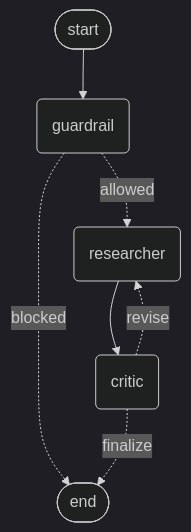
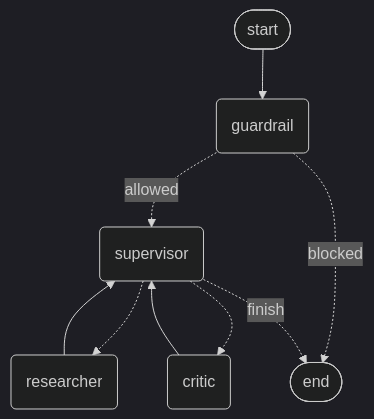
One commit to Saad-CEO-AI/langgraph-multiagent-demo changed the diagram in README.md. Above: the diagram before and after it, drawn with Mermaid (dark theme). The commit also changed other lines of this file and 6 other files, not shown here.

````diff
--- a/README.md
+++ b/README.md
@@ -25,14 +37,17 @@
 ```mermaid
 graph TD;
 	__start__([start]):::first
 	guardrail(guardrail)
+	supervisor(supervisor)
 	researcher(researcher)
 	critic(critic)
 	__end__([end]):::last
 	__start__ --> guardrail;
-	researcher --> critic;
-	guardrail -. allowed .-> researcher;
+	critic --> supervisor;
+	researcher --> supervisor;
+	guardrail -. allowed .-> supervisor;
 	guardrail -. blocked .-> __end__;
-	critic -. revise .-> researcher;
-	critic -. finalize .-> __end__;
+	supervisor -.-> researcher;
+	supervisor -.-> critic;
+	supervisor -. finish .-> __end__;
 ```
````
